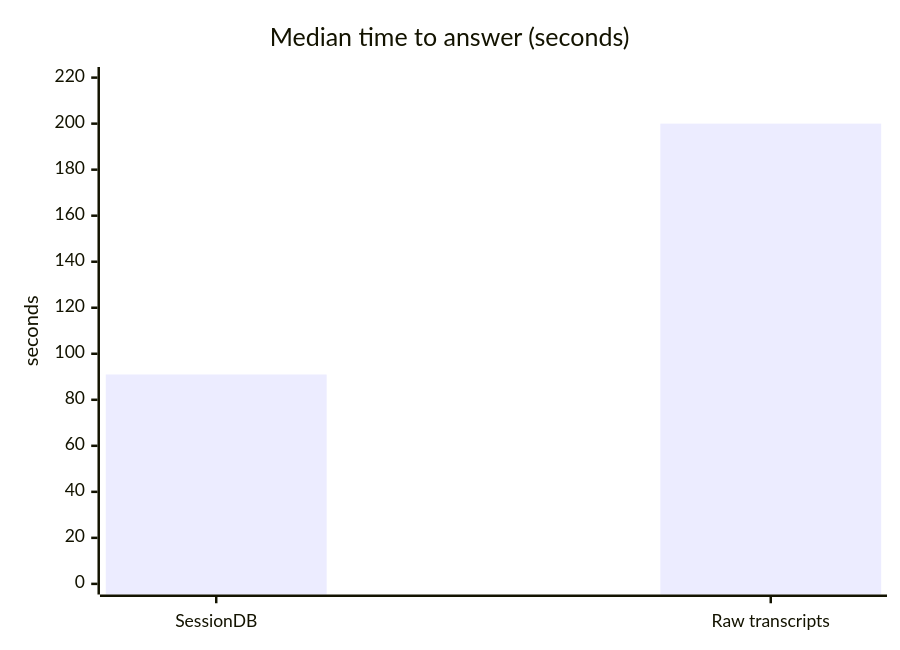
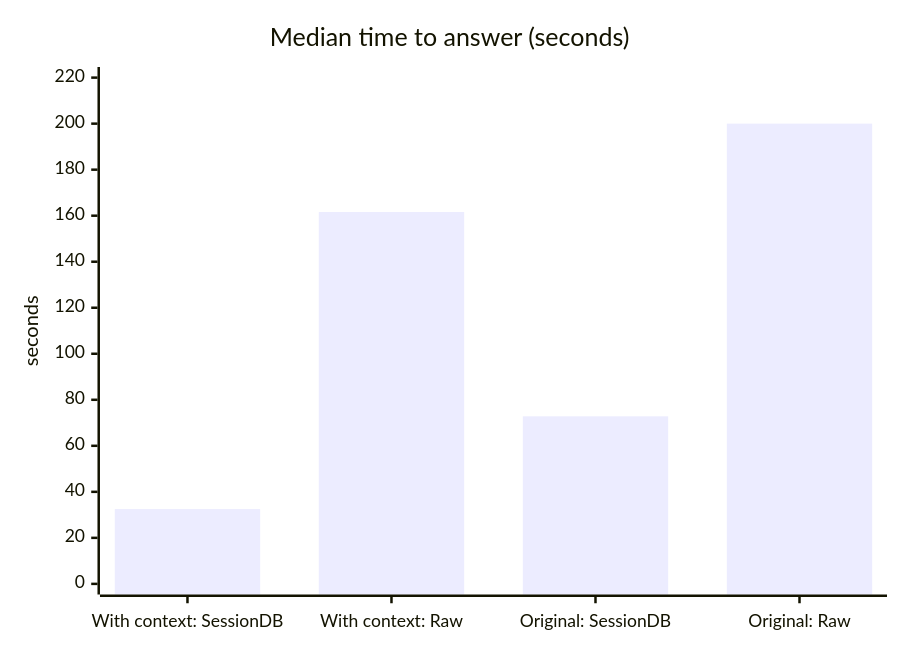
Before and after one commit to scvbuild/SessionDB: the second of 2 diagrams in README.md, drawn with Mermaid. The commit also changed other lines of this file and 9 other files, not shown here.

````diff
--- a/README.md
+++ b/README.md
@@ -64,7 +62,7 @@
 ```mermaid
 xychart-beta
     title "Median time to answer (seconds)"
-    x-axis ["SessionDB", "Raw transcripts"]
+    x-axis ["With context: SessionDB", "With context: Raw", "Original: SessionDB", "Original: Raw"]
     y-axis "seconds" 0 --> 220
-    bar [91, 200]
+    bar [32.5, 161.6, 72.8, 200]
 ```
````
